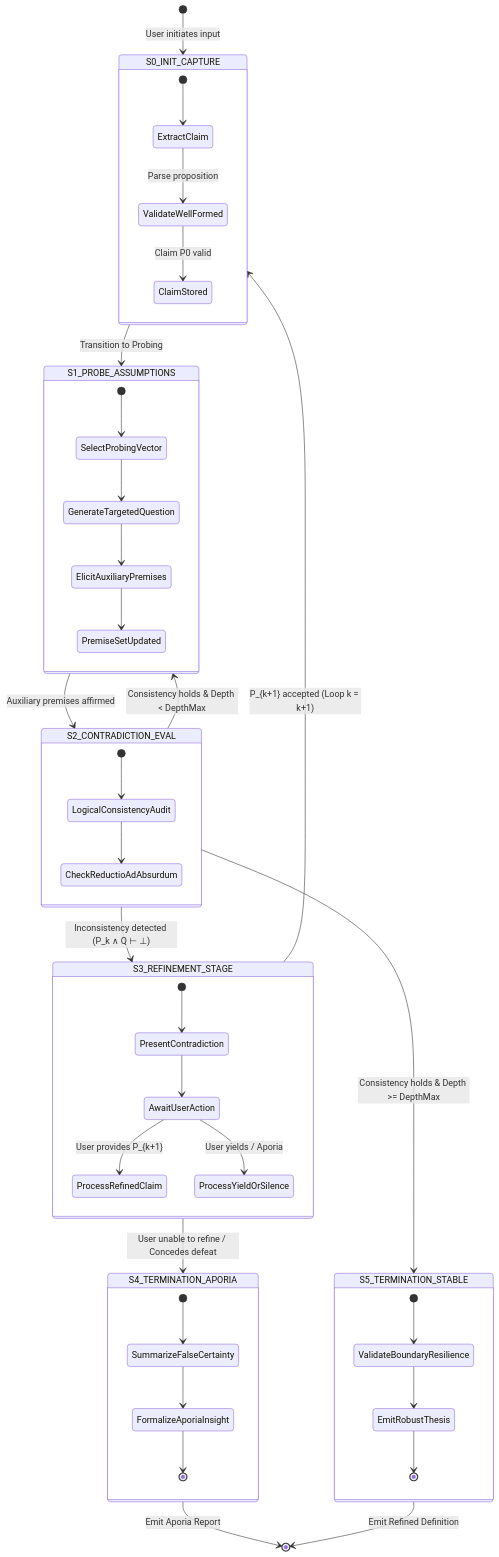
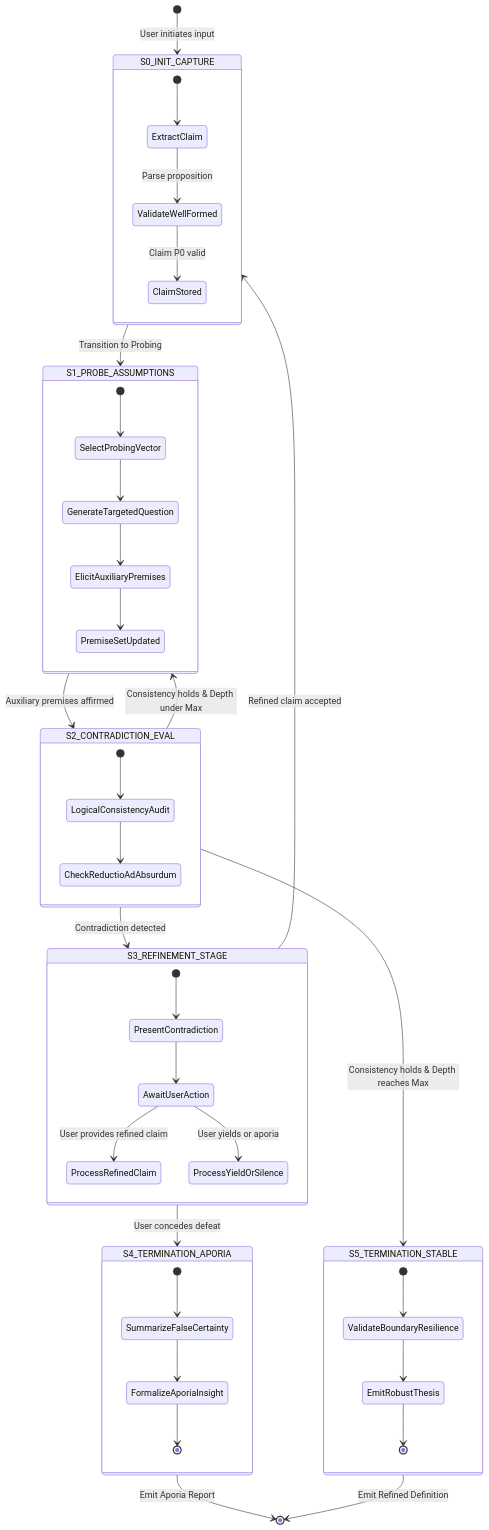
One commit to Nimrahali/Squadron-Four-Minds changed the first of 2 diagrams in 02_Socratic_Protocol_Map_template.md. Above: the diagram before and after it, drawn with Mermaid. The commit also changed other lines of this file, not shown here.

First line of the commit message:
Refine contradiction evaluation and flowchart details

````diff
--- a/02_Socratic_Protocol_Map_template.md
+++ b/02_Socratic_Protocol_Map_template.md
@@ -53,55 +53,55 @@
 ```mermaid
 stateDiagram-v2
     [*] --> S0_INIT_CAPTURE : User initiates input
 
     state S0_INIT_CAPTURE {
         [*] --> ExtractClaim
         ExtractClaim --> ValidateWellFormed : Parse proposition
         ValidateWellFormed --> ClaimStored : Claim P0 valid
     }
 
     S0_INIT_CAPTURE --> S1_PROBE_ASSUMPTIONS : Transition to Probing
 
     state S1_PROBE_ASSUMPTIONS {
         [*] --> SelectProbingVector
         SelectProbingVector --> GenerateTargetedQuestion
         GenerateTargetedQuestion --> ElicitAuxiliaryPremises
         ElicitAuxiliaryPremises --> PremiseSetUpdated
     }
 
     S1_PROBE_ASSUMPTIONS --> S2_CONTRADICTION_EVAL : Auxiliary premises affirmed
 
     state S2_CONTRADICTION_EVAL {
         [*] --> LogicalConsistencyAudit
         LogicalConsistencyAudit --> CheckReductioAdAbsurdum
     }
 
-    S2_CONTRADICTION_EVAL --> S1_PROBE_ASSUMPTIONS : Consistency holds & Depth < DepthMax
-    S2_CONTRADICTION_EVAL --> S3_REFINEMENT_STAGE : Inconsistency detected (P_k ∧ Q ⊢ ⊥)
-    S2_CONTRADICTION_EVAL --> S5_TERMINATION_STABLE : Consistency holds & Depth >= DepthMax
+    S2_CONTRADICTION_EVAL --> S1_PROBE_ASSUMPTIONS : Consistency holds & Depth under Max
+    S2_CONTRADICTION_EVAL --> S3_REFINEMENT_STAGE : Contradiction detected
+    S2_CONTRADICTION_EVAL --> S5_TERMINATION_STABLE : Consistency holds & Depth reaches Max
 
     state S3_REFINEMENT_STAGE {
         [*] --> PresentContradiction
         PresentContradiction --> AwaitUserAction
-        AwaitUserAction --> ProcessRefinedClaim : User provides P_{k+1}
-        AwaitUserAction --> ProcessYieldOrSilence : User yields / Aporia
+        AwaitUserAction --> ProcessRefinedClaim : User provides refined claim
+        AwaitUserAction --> ProcessYieldOrSilence : User yields or aporia
     }
 
-    S3_REFINEMENT_STAGE --> S0_INIT_CAPTURE : P_{k+1} accepted (Loop k = k+1)
-    S3_REFINEMENT_STAGE --> S4_TERMINATION_APORIA : User unable to refine / Concedes defeat
+    S3_REFINEMENT_STAGE --> S0_INIT_CAPTURE : Refined claim accepted
+    S3_REFINEMENT_STAGE --> S4_TERMINATION_APORIA : User concedes defeat
 
     state S4_TERMINATION_APORIA {
         [*] --> SummarizeFalseCertainty
         SummarizeFalseCertainty --> FormalizeAporiaInsight
         FormalizeAporiaInsight --> [*]
     }
 
     state S5_TERMINATION_STABLE {
         [*] --> ValidateBoundaryResilience
         ValidateBoundaryResilience --> EmitRobustThesis
         EmitRobustThesis --> [*]
     }
 
     S4_TERMINATION_APORIA --> [*] : Emit Aporia Report
     S5_TERMINATION_STABLE --> [*] : Emit Refined Definition
 ```
````
